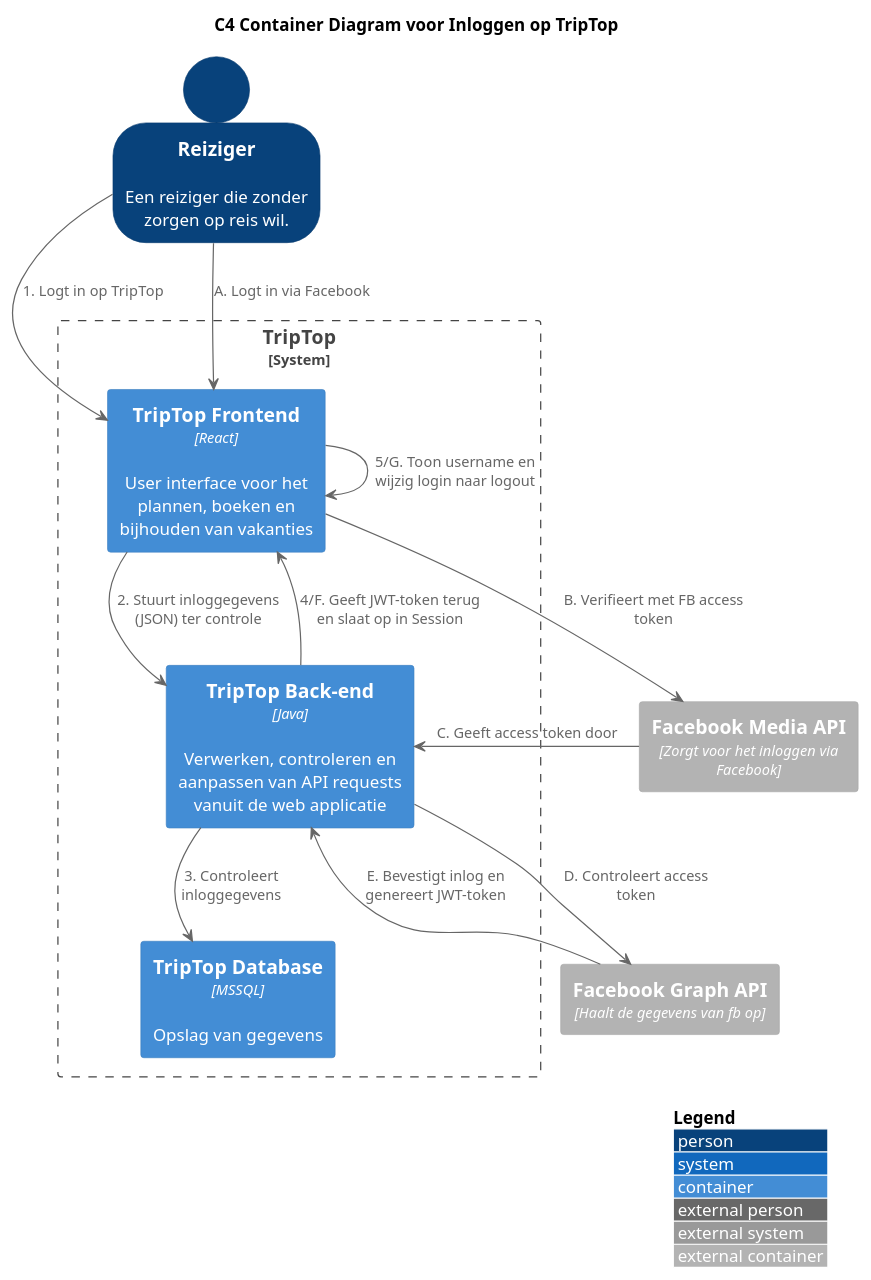
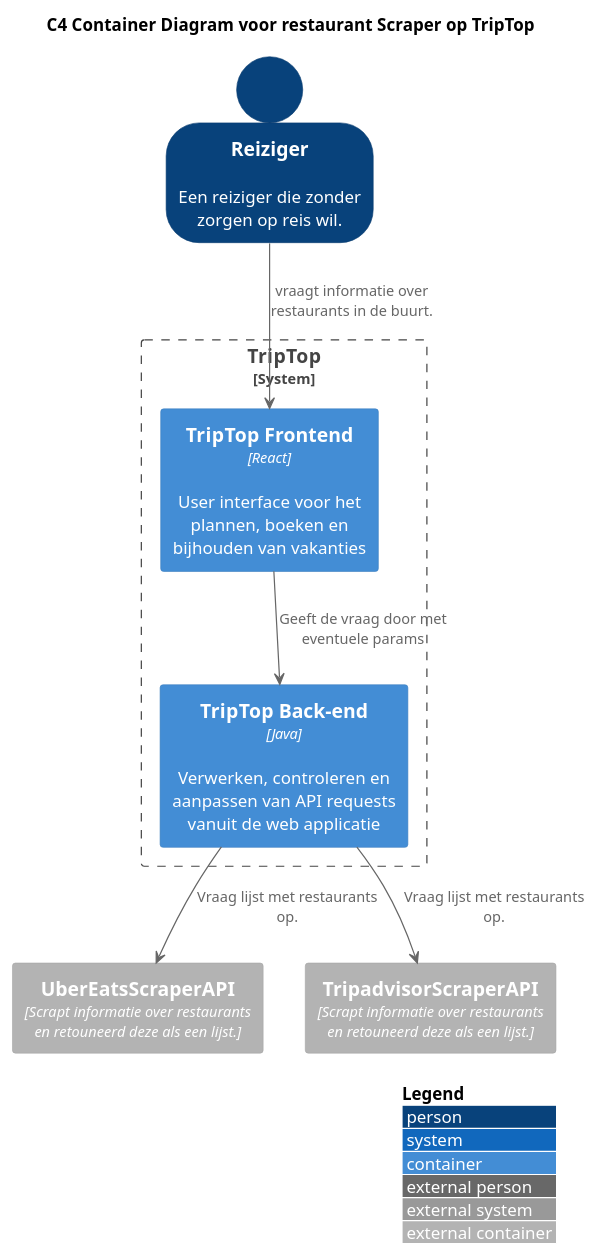
One commit to AIM-ENE-feb25/triptop-jrn changed the diagram in opdracht-diagrammen/ContainerDiagramInloggen.puml. Above: the diagram before and after it, drawn with PlantUML. The commit also changed 4 other files, not shown here.

Commit message:
aanpassingen aan diagrammen, en container diagram gemaakt

```diff
--- a/opdracht-diagrammen/ContainerDiagramInloggen.puml
+++ b/opdracht-diagrammen/ContainerDiagramInloggen.puml
@@ -1,43 +1,29 @@
 @startuml
 
 !include https://raw.githubusercontent.com/plantuml-stdlib/C4-PlantUML/master/C4_Context.puml
 !include <C4/C4_Container>
 
-title C4 Container Diagram voor Inloggen op TripTop
+title C4 Container Diagram voor restaurant Scraper op TripTop
 
 LAYOUT_WITH_LEGEND()
 
 SHOW_PERSON_OUTLINE()
 
 Person(Reiziger, "Reiziger", "Een reiziger die zonder zorgen op reis wil.")
 
-Container_Ext(fbLogin, "Facebook Media API", "Zorgt voor het inloggen via Facebook")
-Container_Ext(fbVerify, "Facebook Graph API", "Haalt de gegevens van fb op")
+Container_Ext(UberEatsScraperAPI, "UberEatsScraperAPI", "Scrapt informatie over restaurants en retouneerd deze als een lijst.")
+Container_Ext(TripadvisorScraperAPI, "TripadvisorScraperAPI", "Scrapt informatie over restaurants en retouneerd deze als een lijst.")
 
 System_Boundary(triptop_core, "TripTop") {
     Container(triptop, "TripTop Frontend", "React", "User interface voor het plannen, boeken en bijhouden van vakanties")
     Container(backend, "TripTop Back-end", "Java", "Verwerken, controleren en aanpassen van API requests vanuit de web applicatie")
-    Container(db, "TripTop Database", "MSSQL", "Opslag van gegevens")
 }
 
-' Standaard login flow (numeriek)
-Reiziger --> triptop : "1. Logt in op TripTop"
-triptop --> backend : "2. Stuurt inloggegevens (JSON) ter controle"
-backend --> db : "3. Controleert inloggegevens"
-backend --> triptop : "4/F. Geeft JWT-token terug en slaat op in Session"
-triptop --> triptop : "5/G. Toon username en wijzig login naar logout"
 
-' Facebook login flow (alfabetisch)
-Reiziger --> triptop : "A. Logt in via Facebook"
-triptop --> fbLogin : "B. Verifieert met FB access token"
-fbLogin --> backend : "C. Geeft access token door"
-backend --> fbVerify : "D. Controleert access token"
-fbVerify --> backend : "E. Bevestigt inlog en genereert JWT-token"
+Reiziger --> triptop : "vraagt informatie over restaurants in de buurt."
+triptop --> backend : "Geeft de vraag door met eventuele params"
+backend --> UberEatsScraperAPI : "Vraag lijst met restaurants op."
+backend --> TripadvisorScraperAPI : "Vraag lijst met restaurants op."
 
-' Layout positioning
-Reiziger -[hidden]-> triptop
-triptop -[hidden]-> backend
-backend -[hidden]-> db
-fbLogin -[hidden]-> fbVerify
 
 @enduml
```
